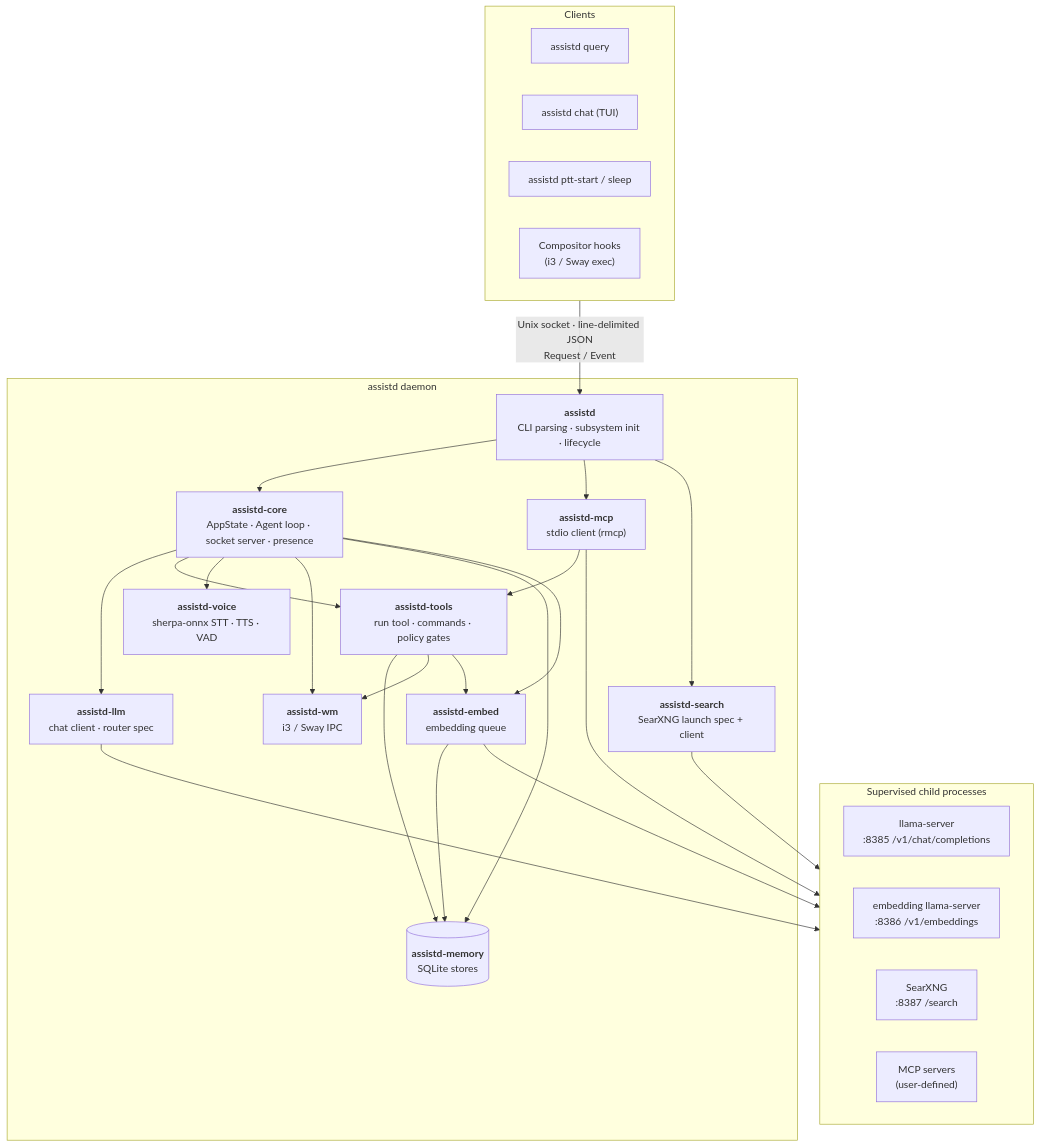
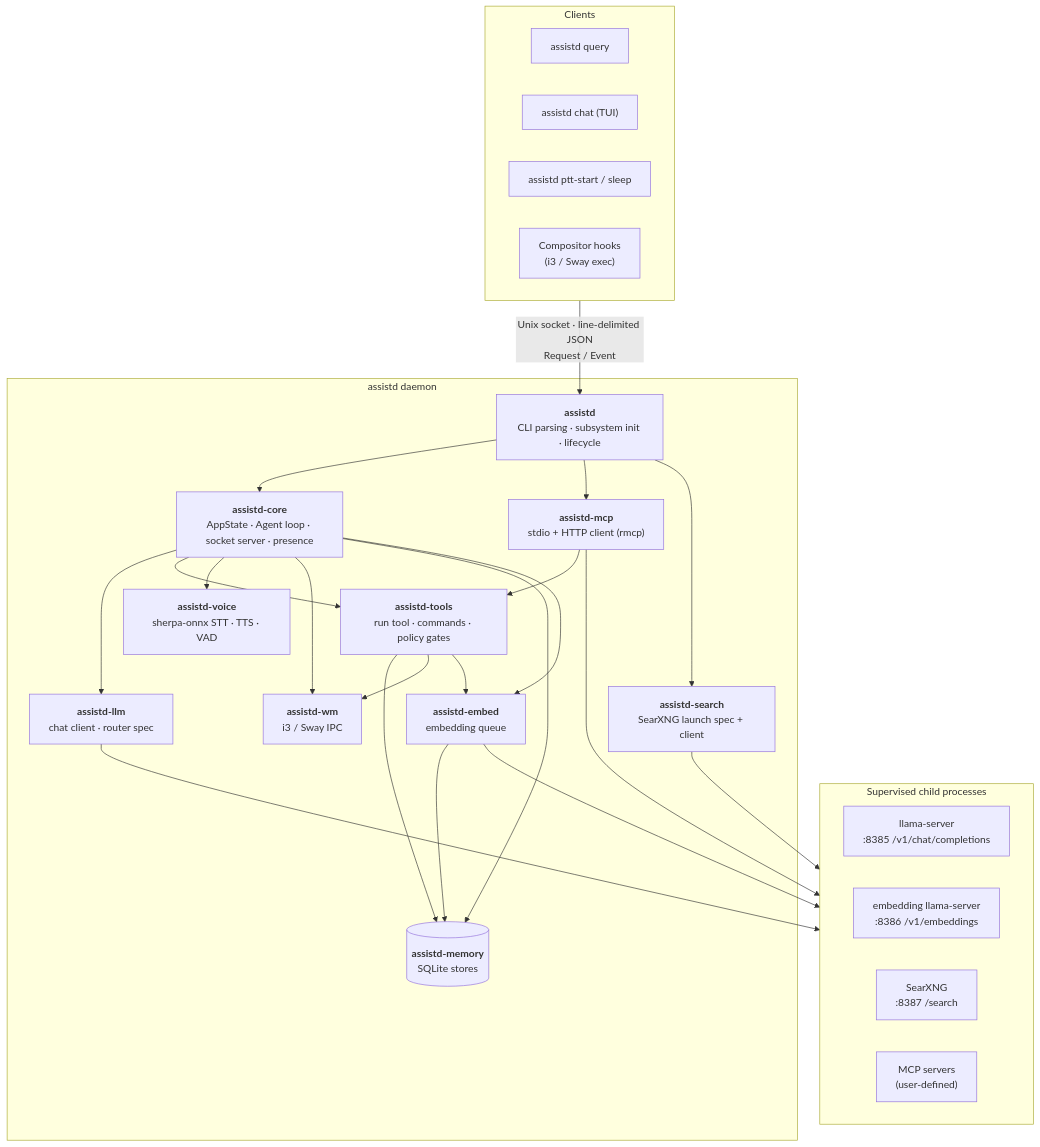
One commit to gnolruf/assistd changed the diagram in docs/architecture.md. Above: the diagram before and after it, drawn with Mermaid. The commit also changed other lines of this file and 15 other files, not shown here.

First line of the commit message:
Streamable HTTP transport for remote MCP servers (#693)

````diff
--- a/docs/architecture.md
+++ b/docs/architecture.md
@@ -10,45 +10,45 @@
 ```mermaid
 flowchart TB
     subgraph clients["Clients"]
         direction LR
         query["assistd query"]
         chat["assistd chat (TUI)"]
         ptt["assistd ptt-start / sleep"]
         hooks["Compositor hooks<br/>(i3 / Sway exec)"]
     end
 
     subgraph daemon["assistd daemon"]
         bin["<b>assistd</b><br/>CLI parsing · subsystem init · lifecycle"]
         core["<b>assistd-core</b><br/>AppState · Agent loop · socket server · presence"]
         llm["<b>assistd-llm</b><br/>chat client · router spec"]
         tools["<b>assistd-tools</b><br/>run tool · commands · policy gates"]
         voice["<b>assistd-voice</b><br/>sherpa-onnx STT · TTS · VAD"]
         wm["<b>assistd-wm</b><br/>i3 / Sway IPC"]
-        mcp["<b>assistd-mcp</b><br/>stdio client (rmcp)"]
+        mcp["<b>assistd-mcp</b><br/>stdio + HTTP client (rmcp)"]
         memory[("<b>assistd-memory</b><br/>SQLite stores")]
         embed["<b>assistd-embed</b><br/>embedding queue"]
         search["<b>assistd-search</b><br/>SearXNG launch spec + client"]
     end
 
     subgraph external["Supervised child processes"]
         direction LR
         llama["llama-server<br/>:8385 /v1/chat/completions"]
         embedsrv["embedding llama-server<br/>:8386 /v1/embeddings"]
         searxng["SearXNG<br/>:8387 /search"]
         mcpsrv["MCP servers<br/>(user-defined)"]
     end
 
     clients -- "Unix socket · line-delimited JSON<br/>Request / Event" --> bin
     bin --> core
     bin --> mcp & search
     core --> llm & tools & voice & wm & memory & embed
     tools --> memory & wm
     mcp --> tools
     embed --> memory
     tools --> embed
 
     llm --> llama
     embed --> embedsrv
     search --> searxng
     mcp --> mcpsrv
 ```
````
